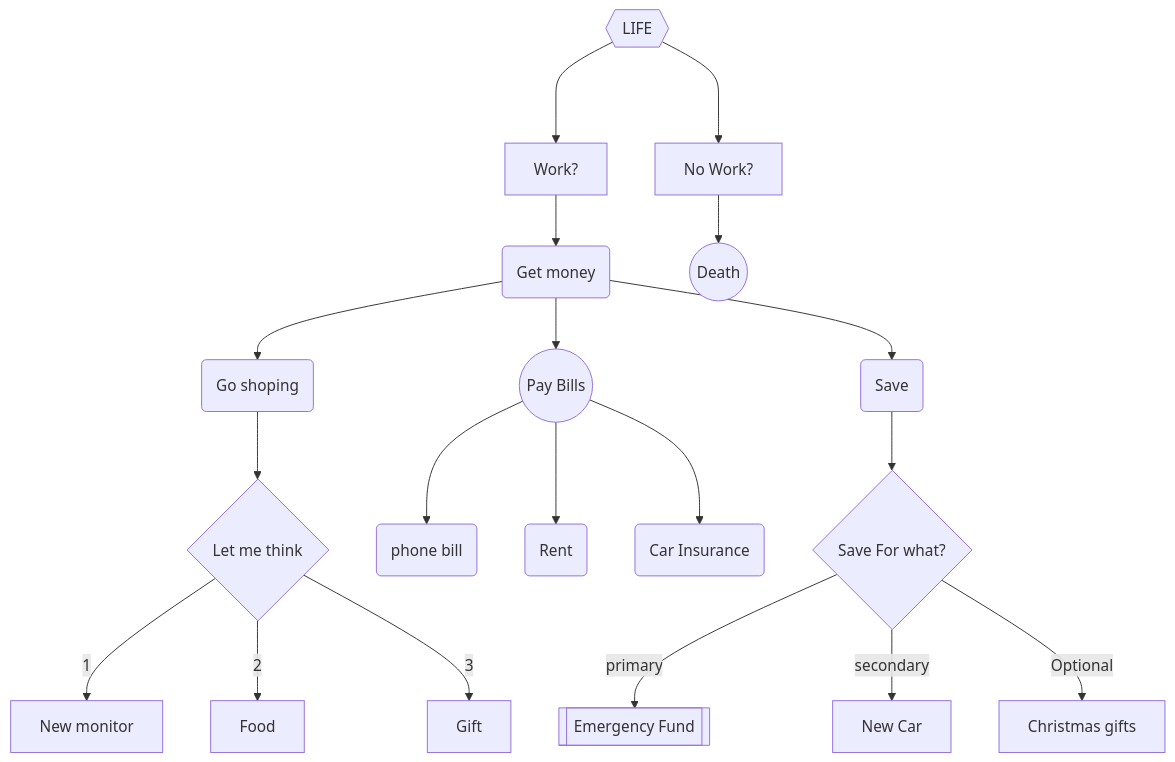
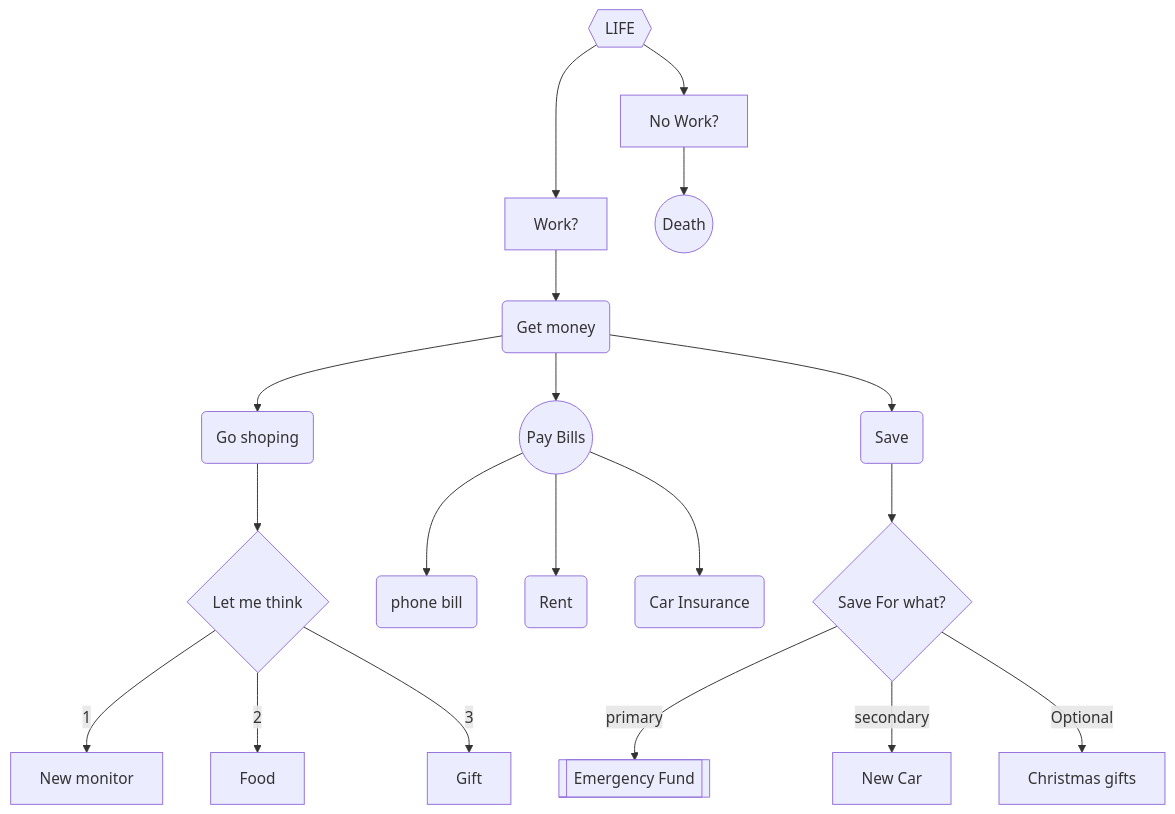
The diagram in Diagram.md (Epperezmoreno/epperezmoreno.github.io), drawn with Mermaid before and after one commit.

````diff
--- a/Diagram.md
+++ b/Diagram.md
@@ -1,24 +1,24 @@
 ```mermaid
 flowchart TD 
 AA{{LIFE}} --->A[Work?] -->B(Get money)
 B --> C(Go shoping)
 B --> D((Pay Bills))
 B --> E(Save)
 C --> F{Let me think}
 F -->|1| G[New monitor]
 F -->|2| H[Food]
 F -->|3| I[Gift]
 
 D --> J(phone bill)
 D --> K(Rent)
 D --> M(Car Insurance)
 
 E --> N{Save For what?}
 N --> |primary| O[[Emergency Fund]]
 N --> |secondary| P[New Car]
 N --> |Optional| Q[Christmas gifts]
 
-AA --->X[No Work?]
+AA -->X[No Work?]
 X -->L((Death))
 
 ```
````
